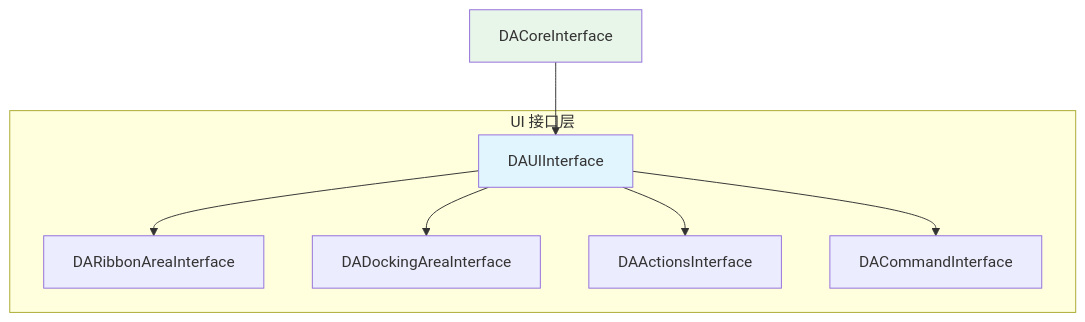
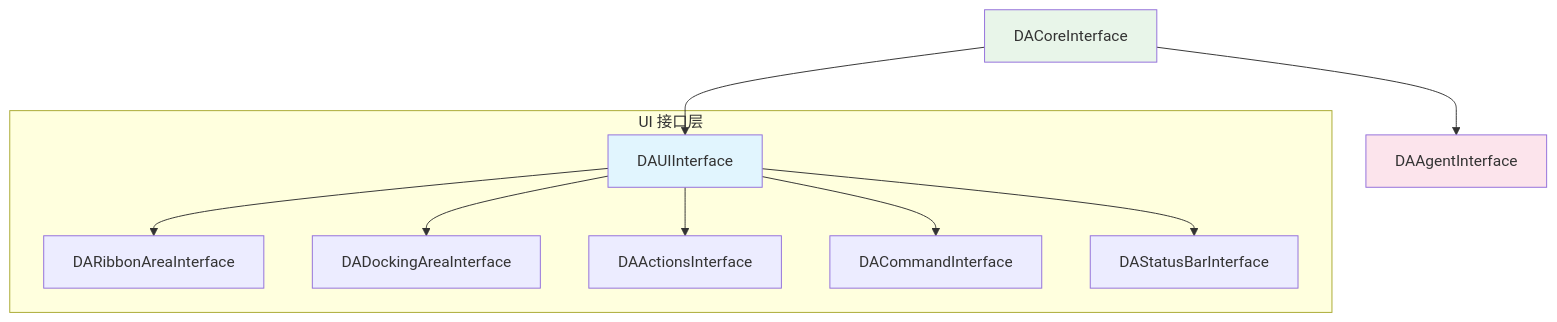
The third of 4 diagrams in docs/zh/plugin-system.md (czyt1988/data-workbench), drawn with Mermaid before and after one commit. The commit also changed other lines of this file and 69 other files, not shown here.

````diff
--- a/docs/zh/plugin-system.md
+++ b/docs/zh/plugin-system.md
@@ -352,21 +403,27 @@
 ```mermaid
 graph TB
     CI[DACoreInterface]
-    
+
     subgraph "UI 接口层"
         UI[DAUIInterface]
         RA[DARibbonAreaInterface]
         DA[DADockingAreaInterface]
         AI[DAActionsInterface]
         CI2[DACommandInterface]
+        SBI[DAStatusBarInterface]
     end
-    
+
+    AGENT[DAAgentInterface]
+
     CI --> UI
+    CI --> AGENT
     UI --> RA
     UI --> DA
     UI --> AI
     UI --> CI2
-    
+    UI --> SBI
+
     style CI fill:#e8f5e9
     style UI fill:#e1f5fe
+    style AGENT fill:#fce4ec
 ```
````
